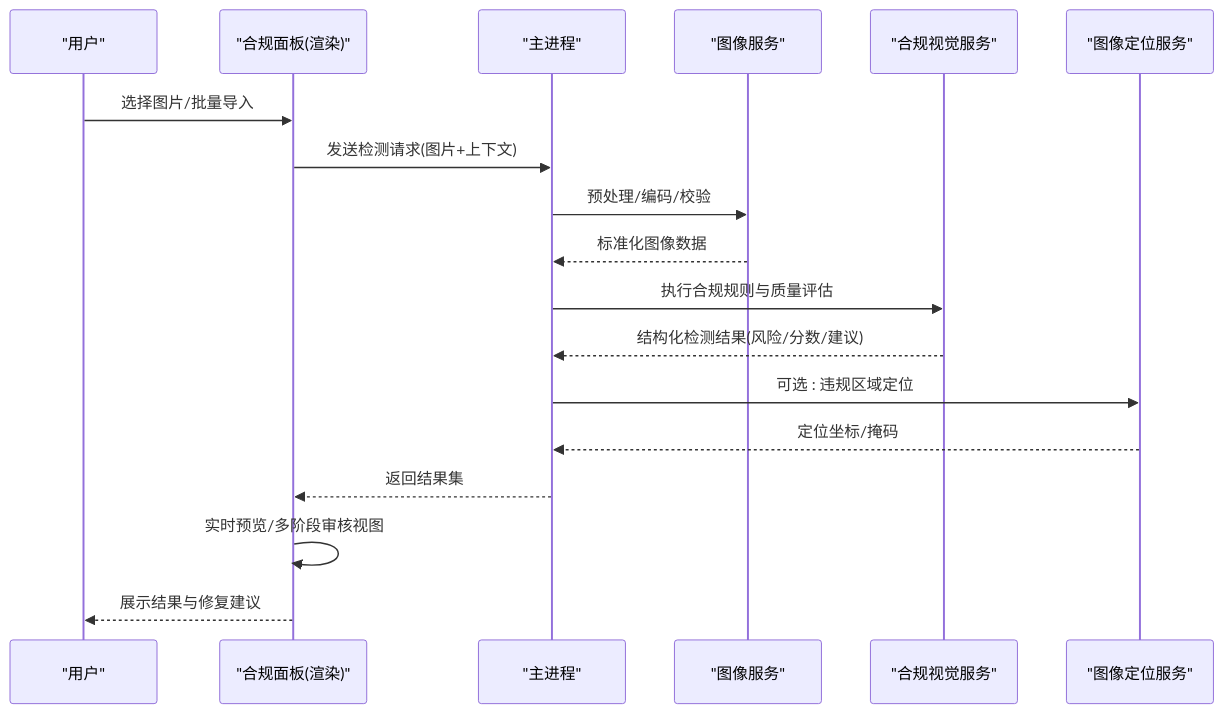
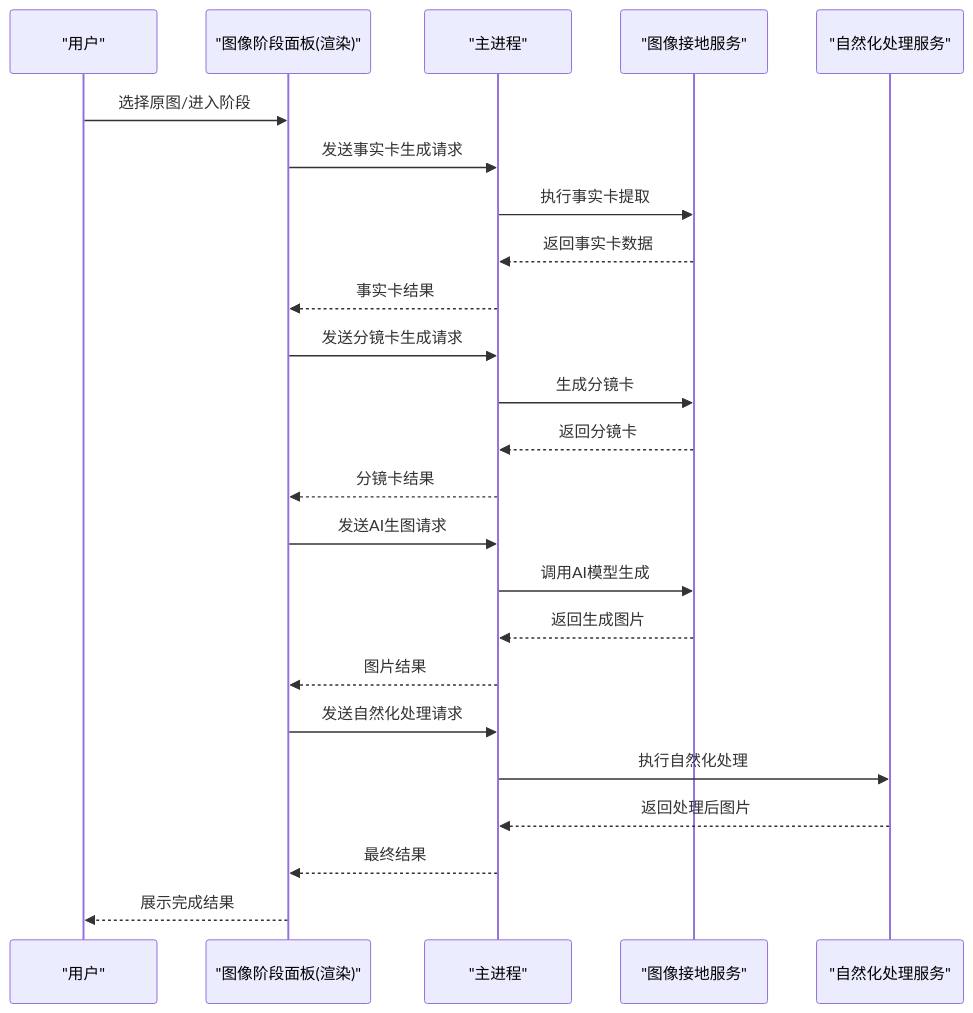
One commit to iljahofbauer219-lang/yandu changed the second of 4 diagrams in .qoder/repowiki/zh/content/用户界面组件/视觉合规面板/视觉合规面板.md. Above: the diagram before and after it, drawn with Mermaid. The commit also changed other lines of this file and 3071 other files, not shown here.

````diff
--- a/.qoder/repowiki/zh/content/用户界面组件/视觉合规面板/视觉合规面板.md
+++ b/.qoder/repowiki/zh/content/用户界面组件/视觉合规面板/视觉合规面板.md
@@ -104,20 +87,26 @@
 ```mermaid
 sequenceDiagram
 participant U as "用户"
-participant P as "合规面板(渲染)"
+participant P as "图像阶段面板(渲染)"
 participant M as "主进程"
-participant I as "图像服务"
-participant V as "合规视觉服务"
-participant G as "图像定位服务"
-U->>P : 选择图片/批量导入
-P->>M : 发送检测请求(图片+上下文)
-M->>I : 预处理/编码/校验
-I-->>M : 标准化图像数据
-M->>V : 执行合规规则与质量评估
-V-->>M : 结构化检测结果(风险/分数/建议)
-M->>G : 可选 : 违规区域定位
-G-->>M : 定位坐标/掩码
-M-->>P : 返回结果集
-P->>P : 实时预览/多阶段审核视图
-P-->>U : 展示结果与修复建议
+participant G as "图像接地服务"
+participant R as "自然化处理服务"
+U->>P : 选择原图/进入阶段
+P->>M : 发送事实卡生成请求
+M->>G : 执行事实卡提取
+G-->>M : 返回事实卡数据
+M-->>P : 事实卡结果
+P->>M : 发送分镜卡生成请求
+M->>G : 生成分镜卡
+G-->>M : 返回分镜卡
+M-->>P : 分镜卡结果
+P->>M : 发送AI生图请求
+M->>G : 调用AI模型生成
+G-->>M : 返回生成图片
+M-->>P : 图片结果
+P->>M : 发送自然化处理请求
+M->>R : 执行自然化处理
+R-->>M : 返回处理后图片
+M-->>P : 最终结果
+P-->>U : 展示完成结果
 ```
````
